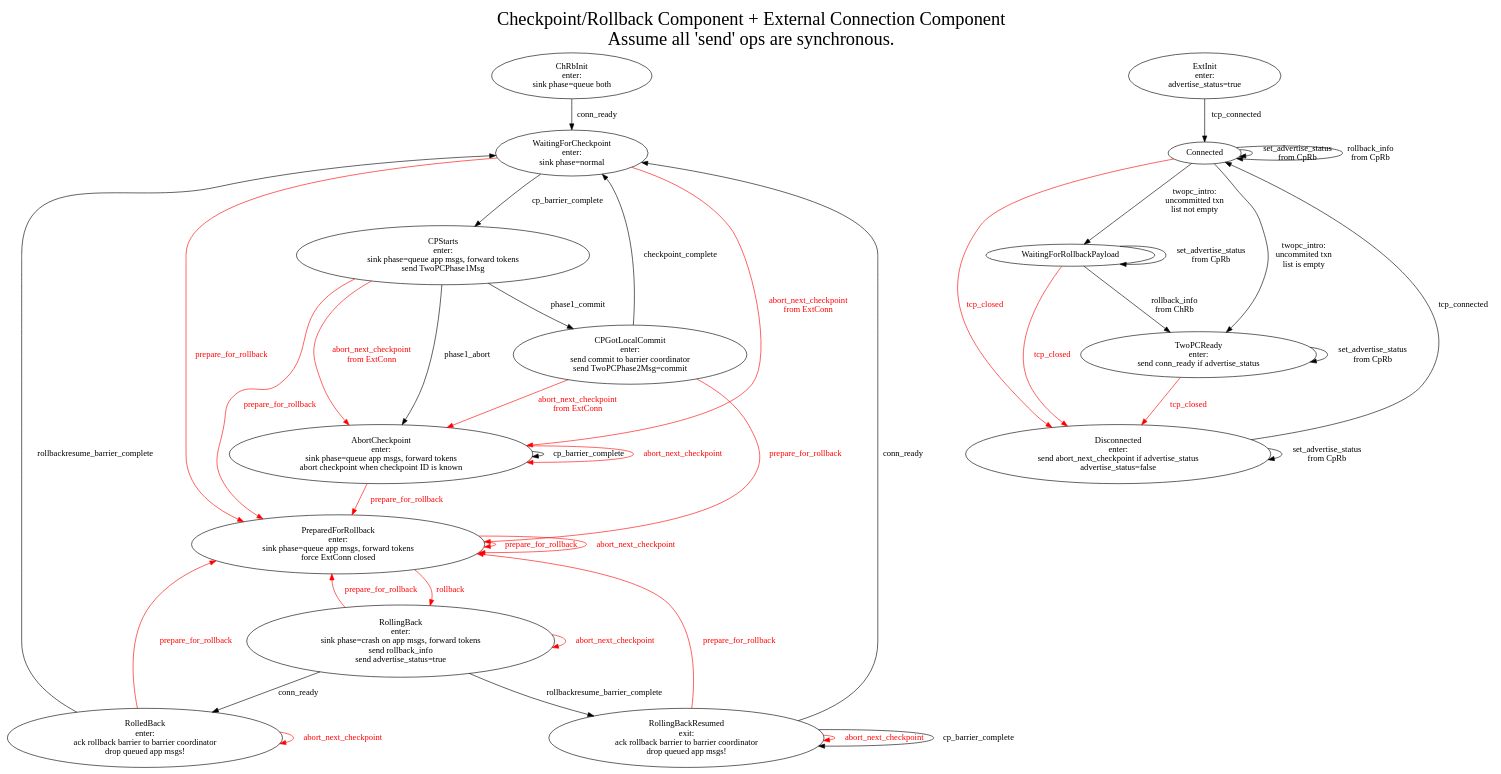
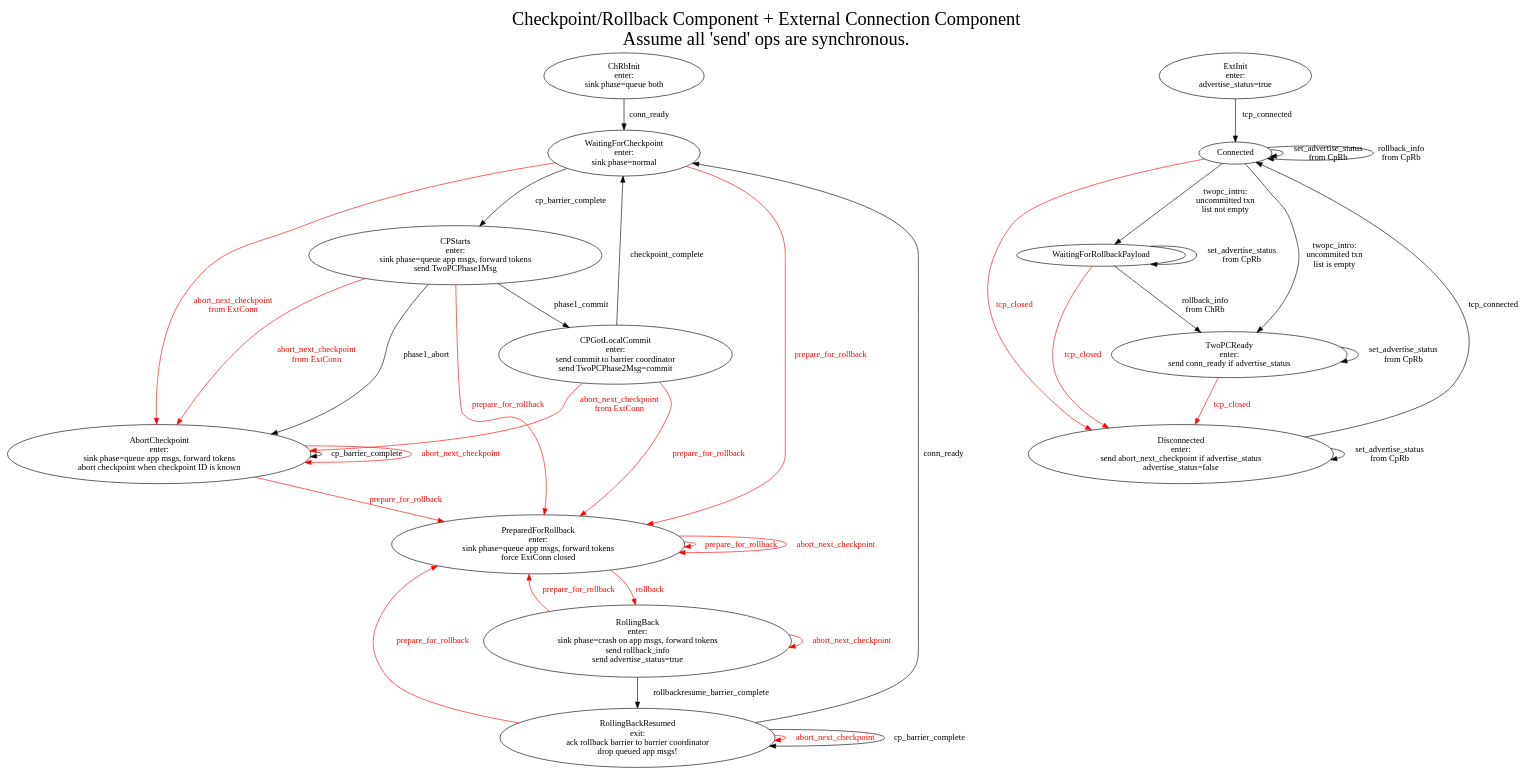
The diagram in lib/wallaroo/core/sink/connector_sink/connector-sink-2pc-management.dot (WallarooLabs/wally), drawn with Graphviz before and after one commit. The commit also changed 1 other file, not shown here.

Commit message:
WIP: Remove _CpRbRolledBack state

```diff
--- a/lib/wallaroo/core/sink/connector_sink/connector-sink-2pc-management.dot
+++ b/lib/wallaroo/core/sink/connector_sink/connector-sink-2pc-management.dot
@@ -1,94 +1,88 @@
 digraph mashup {
     graph [label="Checkpoint/Rollback Component + External Connection Component\nAssume all 'send' ops are synchronous.",labelloc=t,fontsize=30];
 
     ## BEGIN LEFT
     subgraph checkpoint_rollback_component {
 	graph [label="SUB Checkpoint/Rollback Component",labelloc=t,fontsize=20];
 
 	// Subgraphs
 	subgraph init {
             ChRbInit [label="ChRbInit\nenter:\nsink phase=queue both"];
 	}
 	subgraph cp {
             WaitingForCheckpoint [label="WaitingForCheckpoint\nenter:\nsink phase=normal"];
             AbortCheckpoint [label="AbortCheckpoint\nenter:\nsink phase=queue app msgs, forward tokens\nabort checkpoint when checkpoint ID is known"];
 	}
 	subgraph sacp {
             CPStarts [label="CPStarts\nenter:\nsink phase=queue app msgs, forward tokens\nsend TwoPCPhase1Msg"];
             CPGotLocalCommit [label="CPGotLocalCommit\nenter:\nsend commit to barrier coordinator\nsend TwoPCPhase2Msg=commit"];
             // CPGotGlobalVote; // Can we remove this node?
 
             CPStarts -> CPGotLocalCommit [label="phase1_commit"];
             CPStarts -> AbortCheckpoint [label="phase1_abort"];
             CPGotLocalCommit -> WaitingForCheckpoint [label="checkpoint_complete"];
 	}
 	subgraph rollback {
             PreparedForRollback [label="PreparedForRollback\nenter:\nsink phase=queue app msgs, forward tokens\nforce ExtConn closed"];
             RollingBack [label="RollingBack\nenter:\nsink phase=crash on app msgs, forward tokens\nsend rollback_info\nsend advertise_status=true"];
-            RolledBack [label="RolledBack\nenter:\nack rollback barrier to barrier coordinator\ndrop queued app msgs!"];
             RollingBackResumed [label="RollingBackResumed\nexit:\nack rollback barrier to barrier coordinator\ndrop queued app msgs!"];
 
             PreparedForRollback -> PreparedForRollback [label="prepare_for_rollback",fontcolor=red,color=red];
 			PreparedForRollback -> PreparedForRollback [label="abort_next_checkpoint",fontcolor=red,color=red];
             PreparedForRollback -> RollingBack [label="rollback",fontcolor=red,color=red];
 	}
 
 	// Other Edges
 	ChRbInit -> WaitingForCheckpoint [label="conn_ready"];
 
 	WaitingForCheckpoint -> CPStarts [label="cp_barrier_complete"];
 	AbortCheckpoint -> AbortCheckpoint [label="cp_barrier_complete"];
 	AbortCheckpoint -> AbortCheckpoint [label="abort_next_checkpoint",fontcolor=red,color=red];
 
 	WaitingForCheckpoint -> PreparedForRollback [label="prepare_for_rollback",fontcolor=red,color=red];
 	AbortCheckpoint -> PreparedForRollback [label="prepare_for_rollback",fontcolor=red,color=red];
 	CPStarts -> PreparedForRollback [label="prepare_for_rollback",fontcolor=red,color=red];
 	CPGotLocalCommit -> PreparedForRollback [label="prepare_for_rollback",fontcolor=red,color=red];
 
 	WaitingForCheckpoint -> AbortCheckpoint [label="abort_next_checkpoint\nfrom ExtConn",fontcolor=red,color=red];
 	CPStarts -> AbortCheckpoint [label="abort_next_checkpoint\nfrom ExtConn",fontcolor=red,color=red];
 	CPGotLocalCommit -> AbortCheckpoint [label="abort_next_checkpoint\nfrom ExtConn",fontcolor=red,color=red];
 
 	RollingBack -> RollingBack [label="abort_next_checkpoint",fontcolor=red,color=red];
-	RollingBack -> RolledBack [label="conn_ready"];
 	RollingBack -> RollingBackResumed [label="rollbackresume_barrier_complete"];
 	RollingBack -> PreparedForRollback [label="prepare_for_rollback",fontcolor=red,color=red];
-
-	RolledBack -> RolledBack [label="abort_next_checkpoint",fontcolor=red,color=red];
-	RolledBack -> WaitingForCheckpoint [label="rollbackresume_barrier_complete"];
-	RolledBack -> PreparedForRollback [label="prepare_for_rollback",fontcolor=red,color=red];
 
 	RollingBackResumed -> RollingBackResumed [label="abort_next_checkpoint",fontcolor=red,color=red];
 	RollingBackResumed -> WaitingForCheckpoint [label="conn_ready"];
 	RollingBackResumed -> PreparedForRollback [label="prepare_for_rollback",fontcolor=red,color=red];
 	RollingBackResumed -> RollingBackResumed [label="cp_barrier_complete"];
     }
     ## END LEFT
 
     ## BEGIN RIGHT
     subgraph external_connection_component {
         graph [label="External Connection Component",labelloc=t,fontsize=30];
 
         ExtInit [label="ExtInit\nenter:\nadvertise_status=true"];
         ExtInit -> Connected [label="tcp_connected"];
         Connected -> Disconnected [label="tcp_closed",fontcolor=red,color=red];
         Connected -> Connected [label="set_advertise_status\nfrom CpRb"];
         Connected -> Connected [label="rollback_info\nfrom CpRb"];
         Disconnected [label="Disconnected\nenter:\nsend abort_next_checkpoint if advertise_status\nadvertise_status=false"];
         Disconnected -> Connected [label="tcp_connected"];
         Disconnected -> Disconnected [label="set_advertise_status\nfrom CpRb"];
         Connected -> WaitingForRollbackPayload [label="twopc_intro:\nuncommitted txn\nlist not empty"];
         Connected -> TwoPCReady [label="twopc_intro:\nuncommited txn\nlist is empty"];
         WaitingForRollbackPayload -> TwoPCReady [label="rollback_info\nfrom ChRb"];
         WaitingForRollbackPayload -> WaitingForRollbackPayload [label="set_advertise_status\nfrom CpRb"];
         WaitingForRollbackPayload -> Disconnected [label="tcp_closed",fontcolor=red,color=red];
 
         TwoPCReady [label="TwoPCReady\nenter:\nsend conn_ready if advertise_status"]
         TwoPCReady -> Disconnected [label="tcp_closed",fontcolor=red,color=red];
         TwoPCReady -> TwoPCReady [label="set_advertise_status\nfrom CpRb"]
     }
     # END RIGHT
 
     {rank=same; ChRbInit; ExtInit; };
     ## {rank=same; Disconnected; RollingBack; ; };
 }
```
